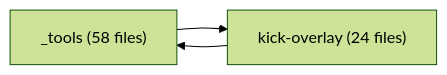
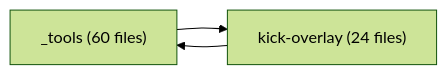
The diagram in features/INDEX.md (mateusant13/kick-youtube-overlay-for-twitch-with-adblock), drawn with Mermaid (forest theme) before and after one commit. The commit also changed other lines of this file and 2 other files, not shown here.

First line of the commit message:
feature map: adopt the heavy-lock pair into the _tools census

````diff
--- a/features/INDEX.md
+++ b/features/INDEX.md
@@ -15,7 +15,7 @@
 ```mermaid
 flowchart LR
-  _tools["_tools (58 files)"]
+  _tools["_tools (60 files)"]
   kick_overlay["kick-overlay (24 files)"]
   _tools --> kick_overlay
   kick_overlay --> _tools
 ```
````
